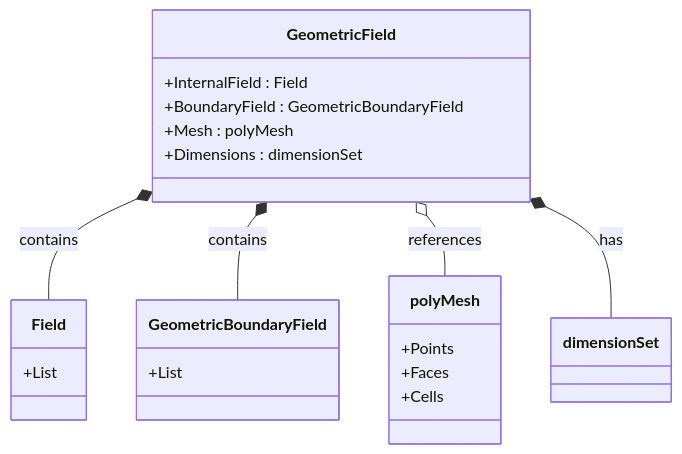
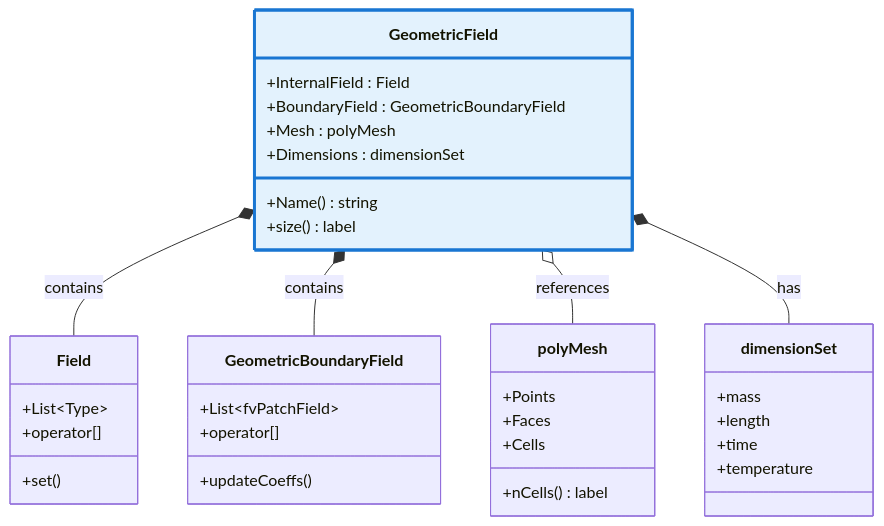
One commit to wramet/build-my-cfd changed the second of 4 diagrams in MODULE_05_OPENFOAM_PROGRAMMING/CONTENT/05_FIELDS_GEOMETRICFIELDS/00_Overview.md. Above: the diagram before and after it, drawn with Mermaid. The commit also changed other lines of this file and 124 other files, not shown here.

````diff
--- a/MODULE_05_OPENFOAM_PROGRAMMING/CONTENT/05_FIELDS_GEOMETRICFIELDS/00_Overview.md
+++ b/MODULE_05_OPENFOAM_PROGRAMMING/CONTENT/05_FIELDS_GEOMETRICFIELDS/00_Overview.md
@@ -18,25 +82,40 @@
 ```mermaid
 classDiagram
     class GeometricField {
         +InternalField : Field
         +BoundaryField : GeometricBoundaryField
         +Mesh : polyMesh
         +Dimensions : dimensionSet
+        +Name() string
+        +size() label
     }
     class Field {
-        +List<Type>
+        +List~Type~
+        +operator[]
+        +set()
     }
     class GeometricBoundaryField {
-        +List<fvPatchField>
+        +List~fvPatchField~
+        +operator[]
+        +updateCoeffs()
     }
     class polyMesh {
         +Points
         +Faces
         +Cells
+        +nCells() label
+    }
+    class dimensionSet {
+        +mass
+        +length
+        +time
+        +temperature
     }
     
     GeometricField *-- Field : contains
     GeometricField *-- GeometricBoundaryField : contains
     GeometricField o-- polyMesh : references
     GeometricField *-- dimensionSet : has
+    
+    style GeometricField fill:#e3f2fd,stroke:#1976d2,stroke-width:3px
 ```
````
